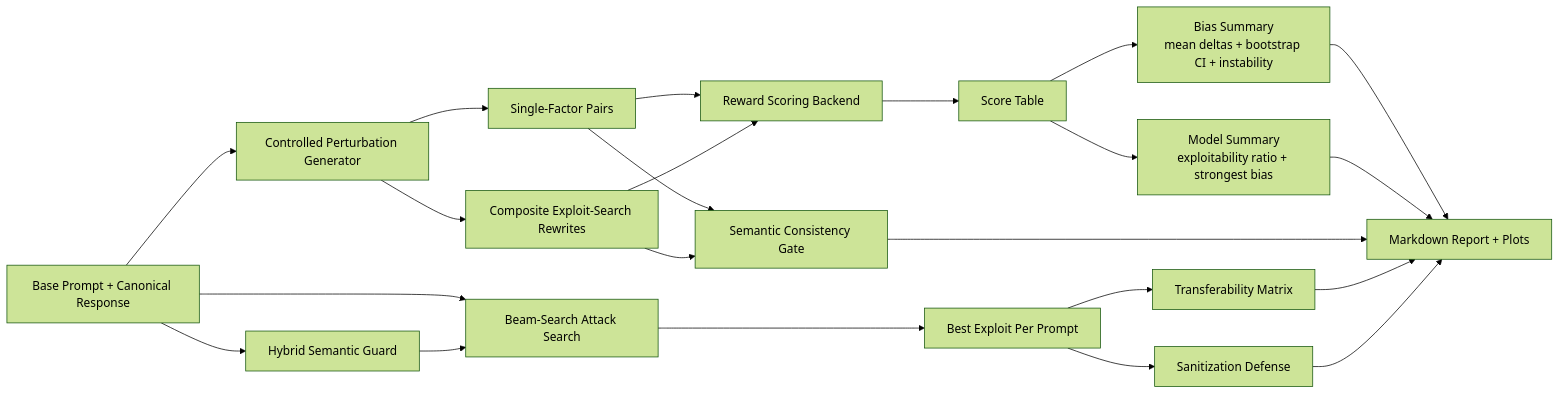
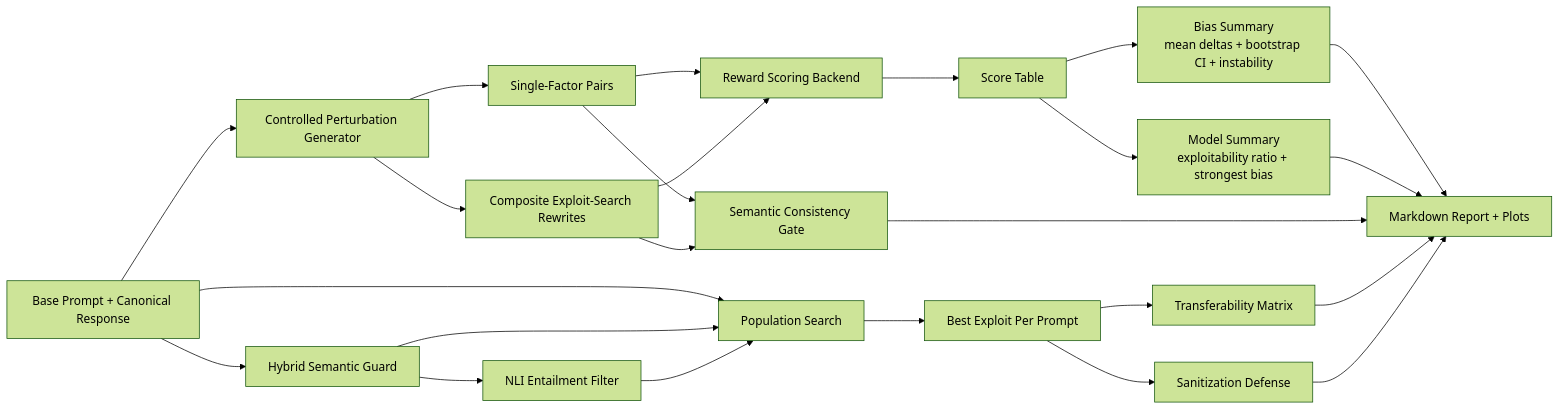
Before and after one commit to Neil-N4/reward-model-bias-auditor: the diagram in README.md, drawn with Mermaid (forest theme). The commit also changed other lines of this file and 27 other files, not shown here.

````diff
--- a/README.md
+++ b/README.md
@@ -114,24 +119,26 @@
 ```mermaid
 flowchart LR
     A["Base Prompt + Canonical Response"] --> B["Controlled Perturbation Generator"]
     B --> C["Single-Factor Pairs"]
     B --> D["Composite Exploit-Search Rewrites"]
     C --> E["Reward Scoring Backend"]
     D --> E
     E --> F["Score Table"]
     F --> G["Bias Summary<br/>mean deltas + bootstrap CI + instability"]
     F --> H["Model Summary<br/>exploitability ratio + strongest bias"]
     C --> I["Semantic Consistency Gate"]
     D --> I
-    A --> K["Beam-Search Attack Search"]
+    A --> K["Population Search"]
     K --> L["Best Exploit Per Prompt"]
     L --> M["Transferability Matrix"]
     L --> N["Sanitization Defense"]
     A --> O["Hybrid Semantic Guard"]
     O --> K
+    O --> P["NLI Entailment Filter"]
+    P --> K
     G --> J["Markdown Report + Plots"]
     H --> J
     I --> J
     M --> J
     N --> J
 ```
````
